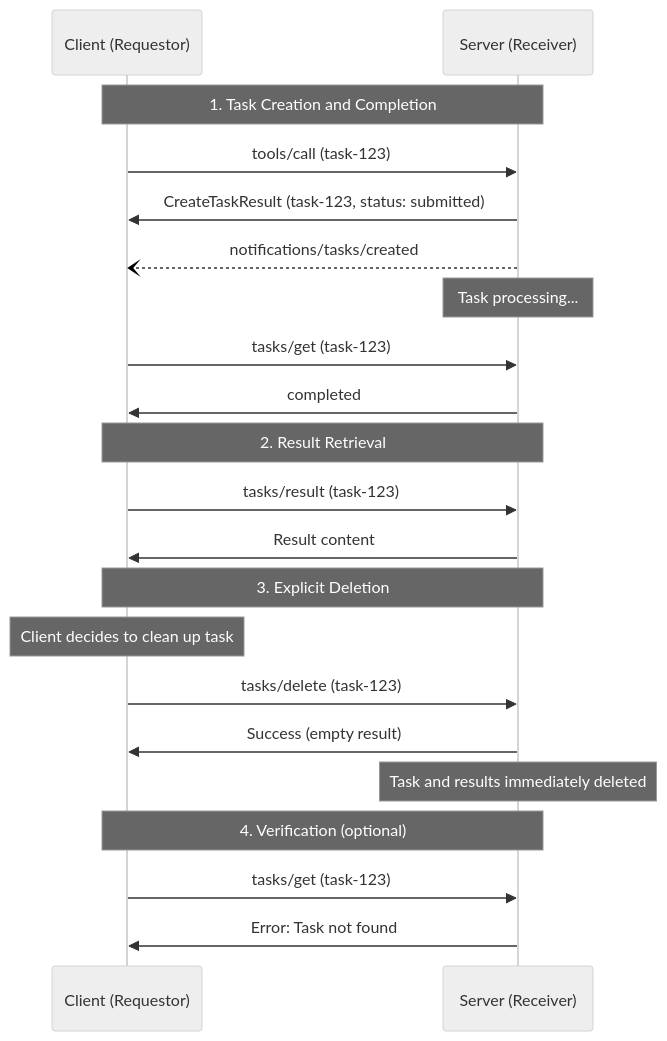
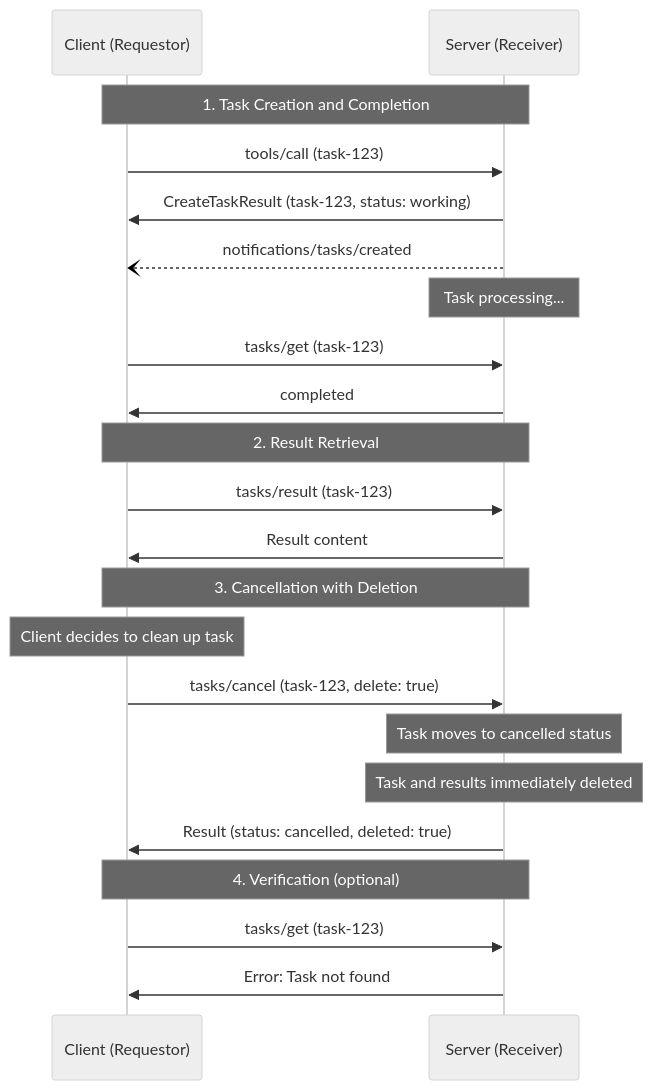
The sixth of 6 diagrams in docs/specification/draft/basic/utilities/tasks.mdx (scottslewis/modelcontextprotocol), drawn with Mermaid (neutral theme) before and after one commit. The commit also changed other lines of this file and 4 other files, not shown here.

Commit message:
Remove cancellation changes and convert deletion into cancel RPC method

````diff
--- a/docs/specification/draft/basic/utilities/tasks.mdx
+++ b/docs/specification/draft/basic/utilities/tasks.mdx
@@ -618,28 +642,30 @@
 ```mermaid
 sequenceDiagram
     participant C as Client (Requestor)
     participant S as Server (Receiver)
 
     Note over C,S: 1. Task Creation and Completion
     C->>S: tools/call (task-123)
-    S->>C: CreateTaskResult (task-123, status: submitted)
+    S->>C: CreateTaskResult (task-123, status: working)
     S--)C: notifications/tasks/created
     Note over S: Task processing...
     C->>S: tasks/get (task-123)
     S->>C: completed
 
     Note over C,S: 2. Result Retrieval
     C->>S: tasks/result (task-123)
     S->>C: Result content
 
-    Note over C,S: 3. Explicit Deletion
+    Note over C,S: 3. Cancellation with Deletion
     Note over C: Client decides to clean up task
-    C->>S: tasks/delete (task-123)
-    S->>C: Success (empty result)
+    C->>S: tasks/cancel (task-123, delete: true)
 
+    Note over S: Task moves to cancelled status
     Note over S: Task and results immediately deleted
+
+    S->>C: Result (status: cancelled, deleted: true)
 
     Note over C,S: 4. Verification (optional)
     C->>S: tasks/get (task-123)
     S->>C: Error: Task not found
 ```
````
